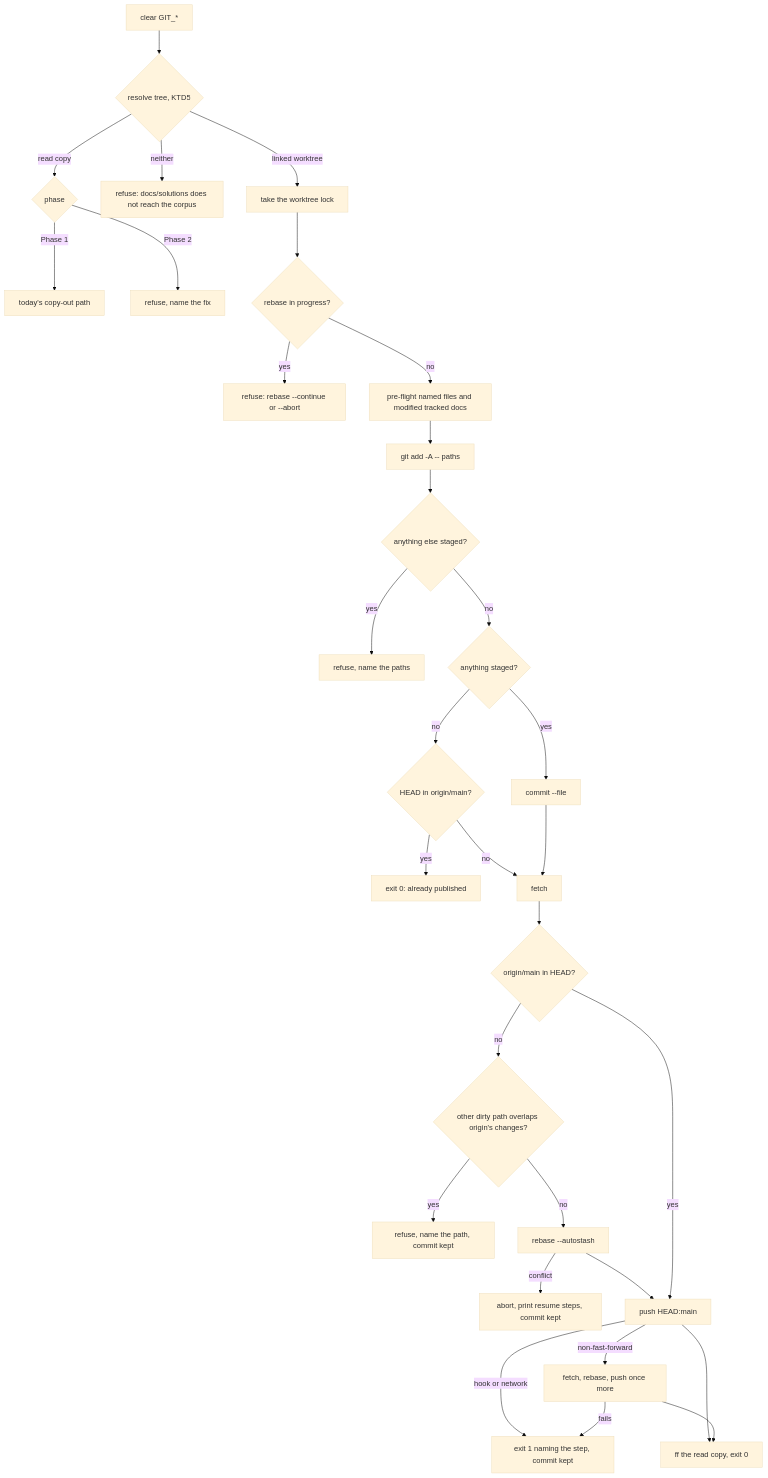
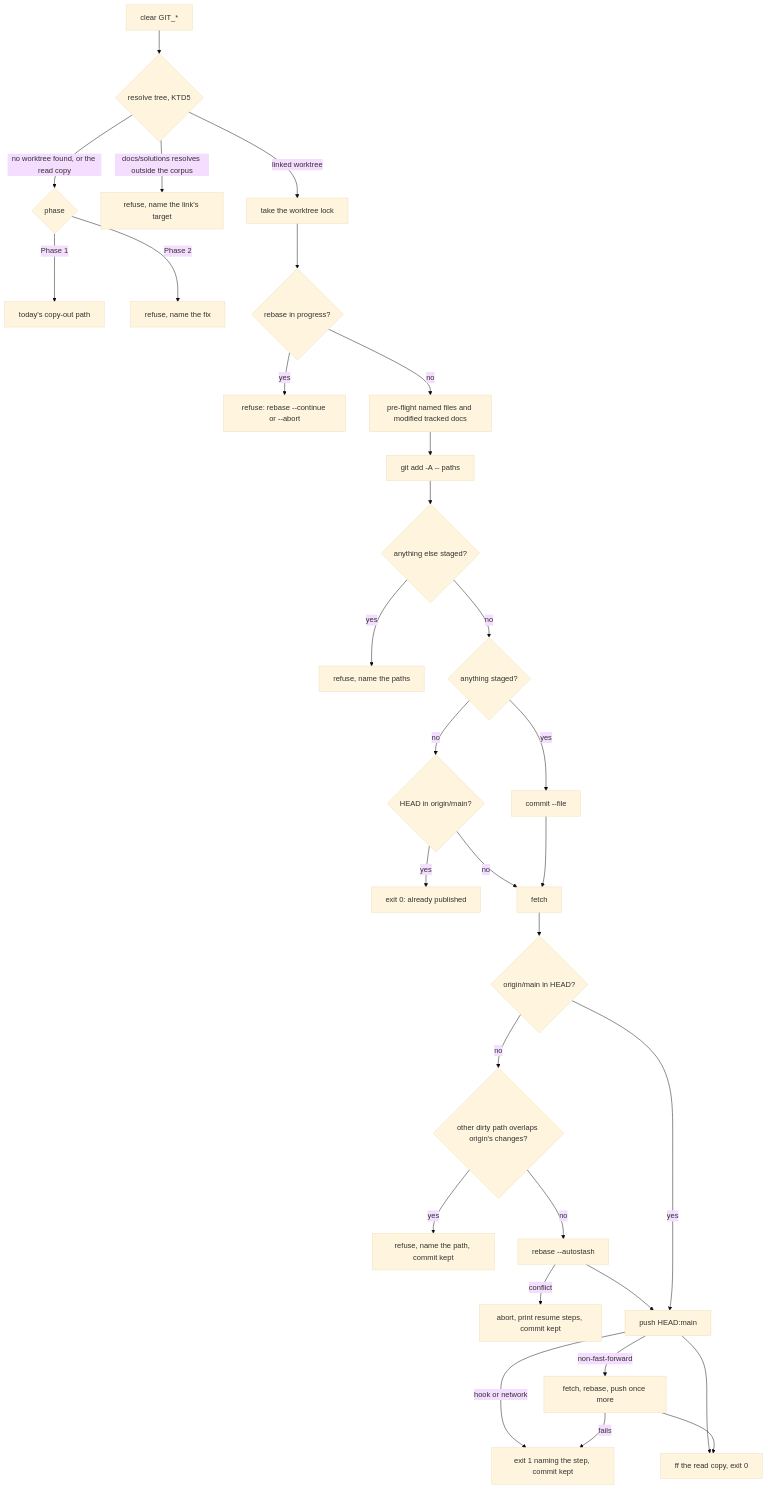
Before and after one commit to brettdavies/dotfiles: the third of 3 diagrams in docs/plans/2026-10-30-2040-feat-solutions-per-writer-worktrees-plan.md, drawn with Mermaid (base theme). The commit also changed other lines of this file, not shown here.

First line of the commit message:
docs(plans): apply the eng review to the solutions worktree plan

````diff
--- a/docs/plans/2026-10-30-2040-feat-solutions-per-writer-worktrees-plan.md
+++ b/docs/plans/2026-10-30-2040-feat-solutions-per-writer-worktrees-plan.md
@@ -309,33 +322,33 @@
 ```mermaid
 flowchart TB
   S[clear GIT_*] --> T{resolve tree, KTD5}
-  T -->|read copy| P1{phase}
+  T -->|no worktree found, or the read copy| P1{phase}
   P1 -->|Phase 1| C[today's copy-out path]
   P1 -->|Phase 2| X[refuse, name the fix]
-  T -->|neither| E[refuse: docs/solutions does not reach the corpus]
+  T -->|docs/solutions resolves outside the corpus| E[refuse, name the link's target]
   T -->|linked worktree| LK[take the worktree lock]
   LK --> RB{rebase in progress?}
   RB -->|yes| E1[refuse: rebase --continue or --abort]
   RB -->|no| V[pre-flight named files and modified tracked docs]
   V --> G[git add -A -- paths]
   G --> H{anything else staged?}
   H -->|yes| E2[refuse, name the paths]
   H -->|no| K{anything staged?}
   K -->|yes| M[commit --file]
   K -->|no| N{HEAD in origin/main?}
   N -->|yes| D0[exit 0: already published]
   N -->|no| F
   M --> F[fetch]
   F --> B{origin/main in HEAD?}
   B -->|no| OV{other dirty path overlaps origin's changes?}
   OV -->|yes| E3[refuse, name the path, commit kept]
   OV -->|no| RE[rebase --autostash]
   RE -->|conflict| AB[abort, print resume steps, commit kept]
   RE --> PU
   B -->|yes| PU[push HEAD:main]
   PU -->|non-fast-forward| RT[fetch, rebase, push once more]
   PU -->|hook or network| E4[exit 1 naming the step, commit kept]
   RT -->|fails| E4
   PU --> FF[ff the read copy, exit 0]
   RT --> FF
 ```
````
